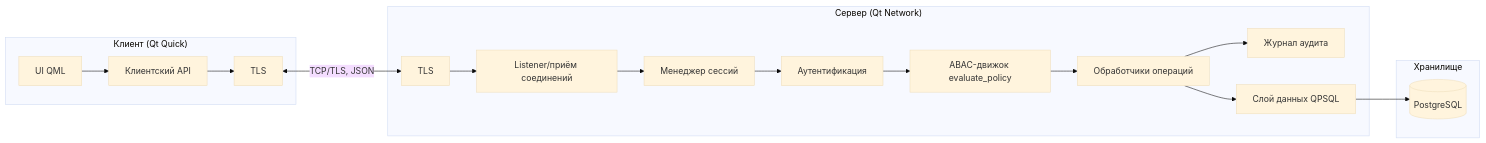
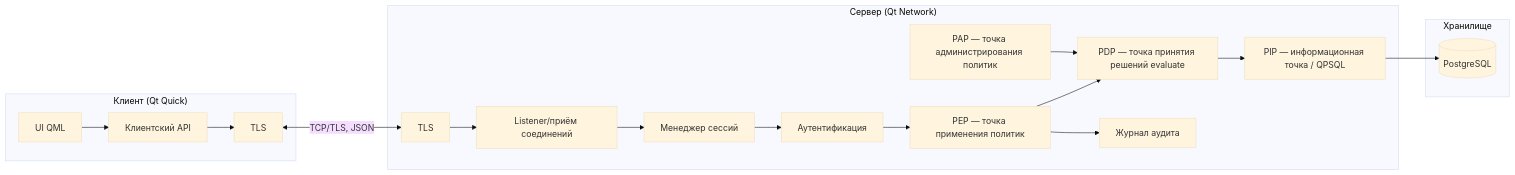
One commit to DKlintukhov/netaccess changed the first of 3 diagrams in docs/architecture.md. Above: the diagram before and after it, drawn with Mermaid (base theme). The commit also changed other lines of this file and 2 other files, not shown here.

First line of the commit message:
docs: update to PEP/PDP/PAP/PIP ABAC architecture

````diff
--- a/docs/architecture.md
+++ b/docs/architecture.md
@@ -26,35 +26,37 @@
 ```mermaid
 graph LR
     subgraph client["Клиент (Qt Quick)"]
         UI[UI QML]
         API[Клиентский API]
         TLS1[TLS]
     end
 
     subgraph server["Сервер (Qt Network)"]
         ACC[Listener/приём соединений]
         SES[Менеджер сессий]
         AUTH[Аутентификация]
-        ABAC[ABAC-движок evaluate_policy]
-        BIZ[Обработчики операций]
+        PEP[PEP — точка применения политик]
+        PDP[PDP — точка принятия решений evaluate]
+        PIP[PIP — информационная точка / QPSQL]
+        PAP[PAP — точка администрирования политик]
         AUDIT[Журнал аудита]
-        DB[Слой данных QPSQL]
         TLS2[TLS]
     end
 
     subgraph db["Хранилище"]
         PG[(PostgreSQL)]
     end
 
     UI --> API
     API --> TLS1
     TLS1 <-->|TCP/TLS, JSON| TLS2
     TLS2 --> ACC
     ACC --> SES
     SES --> AUTH
-    AUTH --> ABAC
-    ABAC --> BIZ
-    BIZ --> DB
-    BIZ --> AUDIT
-    DB --> PG
+    AUTH --> PEP
+    PEP --> PDP
+    PDP --> PIP
+    PEP --> AUDIT
+    PAP --> PDP
+    PIP --> PG
 ```
````
